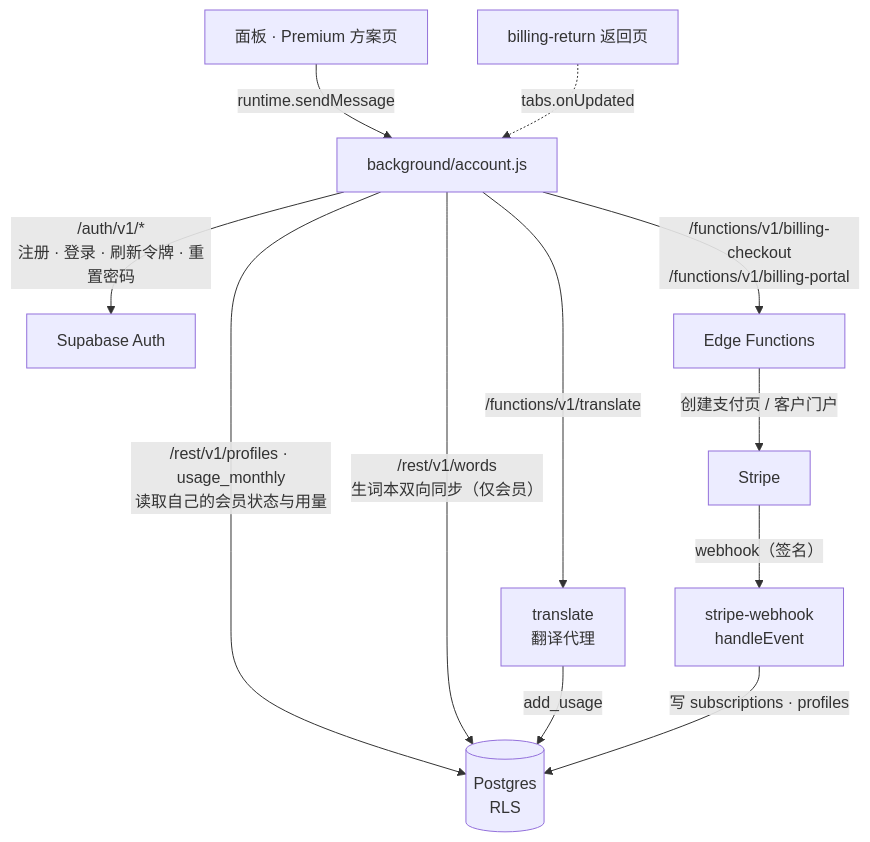
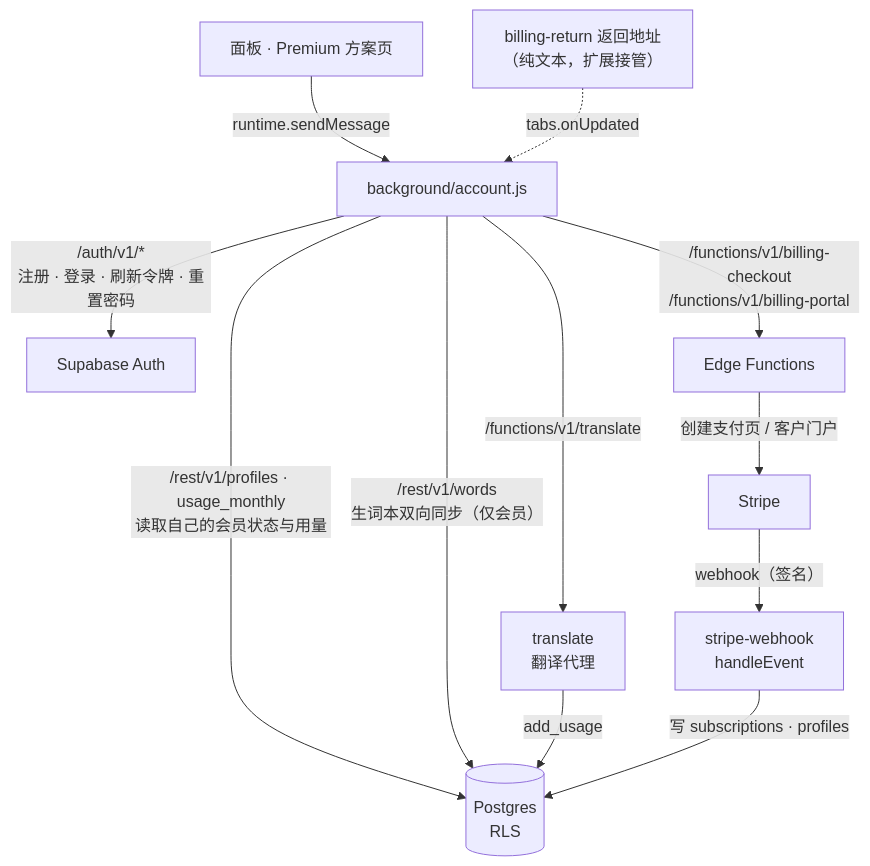
Before and after one commit to pandatalk8/glimmer: the eighth of 13 diagrams in docs/architecture.md, drawn with Mermaid. The commit also changed other lines of this file and 11 other files, not shown here.

````diff
--- a/docs/architecture.md
+++ b/docs/architecture.md
@@ -339,14 +339,14 @@
 ```mermaid
 flowchart TB
   P["面板 · Premium 方案页"] -- "runtime.sendMessage" --> A["background/account.js"]
   A -- "/auth/v1/*<br/>注册 · 登录 · 刷新令牌 · 重置密码" --> AUTH["Supabase Auth"]
   A -- "/rest/v1/profiles · usage_monthly<br/>读取自己的会员状态与用量" --> DB[("Postgres<br/>RLS")]
   A -- "/rest/v1/words<br/>生词本双向同步（仅会员）" --> DB
   A -- "/functions/v1/translate" --> TR["translate<br/>翻译代理"]
   TR -- "add_usage" --> DB
   A -- "/functions/v1/billing-checkout<br/>/functions/v1/billing-portal" --> FN["Edge Functions"]
   FN -- "创建支付页 / 客户门户" --> ST["Stripe"]
   ST -- "webhook（签名）" --> WH["stripe-webhook<br/>handleEvent"]
   WH -- "写 subscriptions · profiles" --> DB
-  RET["billing-return 返回页"] -. "tabs.onUpdated" .-> A
+  RET["billing-return 返回地址<br/>（纯文本，扩展接管）"] -. "tabs.onUpdated" .-> A
 ```
````
